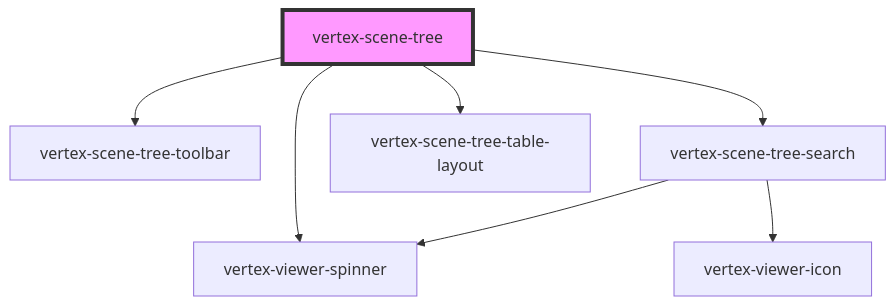
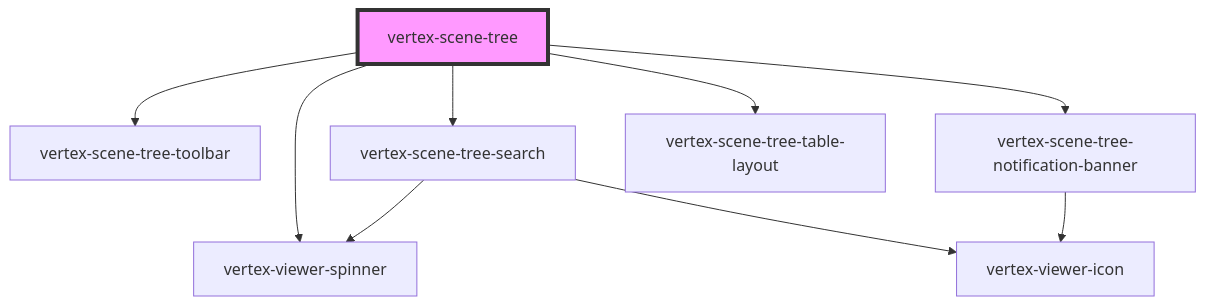
The diagram in packages/viewer/src/components/scene-tree/readme.md (Vertexvis/vertex-web-sdk), drawn with Mermaid before and after one commit. The commit also changed other lines of this file and 13 other files, not shown here.

````diff
--- a/packages/viewer/src/components/scene-tree/readme.md
+++ b/packages/viewer/src/components/scene-tree/readme.md
@@ -873,10 +874,12 @@
 ```mermaid
 graph TD;
   vertex-scene-tree --> vertex-scene-tree-toolbar
   vertex-scene-tree --> vertex-scene-tree-search
+  vertex-scene-tree --> vertex-scene-tree-notification-banner
   vertex-scene-tree --> vertex-viewer-spinner
   vertex-scene-tree --> vertex-scene-tree-table-layout
   vertex-scene-tree-search --> vertex-viewer-spinner
   vertex-scene-tree-search --> vertex-viewer-icon
+  vertex-scene-tree-notification-banner --> vertex-viewer-icon
   style vertex-scene-tree fill:#f9f,stroke:#333,stroke-width:4px
 ```
````
